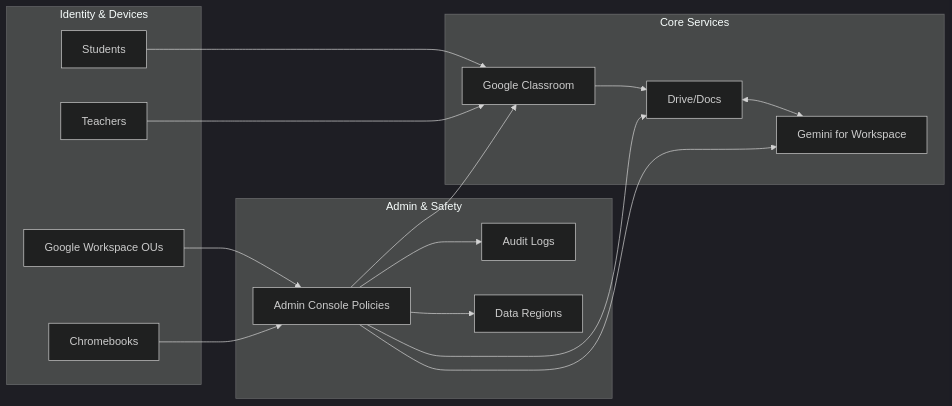
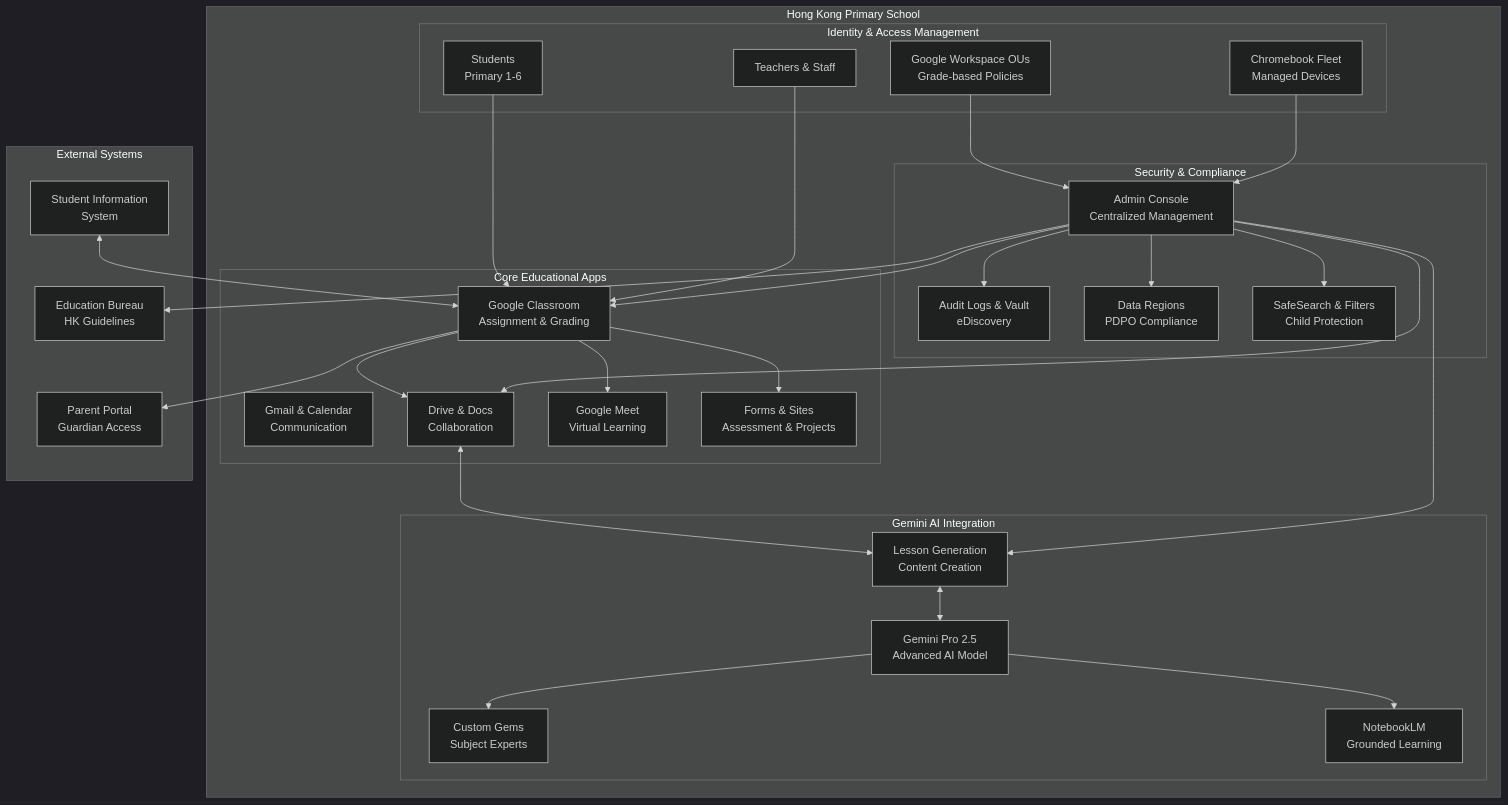
Before and after one commit to zzGHzz/primary-ai-edu: the first of 3 diagrams in docs/tools/google-workspace-gemini.md, drawn with Mermaid (dark theme). The commit also changed other lines of this file and 14 other files, not shown here.

````diff
--- a/docs/tools/google-workspace-gemini.md
+++ b/docs/tools/google-workspace-gemini.md
@@ -36,31 +191,60 @@
 ```mermaid
-flowchart LR
-  subgraph Identity & Devices
-    A[Students]
-    B[Teachers]
-    I[Google Workspace OUs]
-    D[Chromebooks]
+flowchart TB
+  subgraph HK_School[Hong Kong Primary School]
+    subgraph Identity[Identity & Access Management]
+      A[Students<br/>Primary 1-6]
+      B[Teachers & Staff]
+      I[Google Workspace OUs<br/>Grade-based Policies]
+      D[Chromebook Fleet<br/>Managed Devices]
+    end
+    
+    subgraph Core_Apps[Core Educational Apps]
+      C[Google Classroom<br/>Assignment & Grading]
+      GM[Gmail & Calendar<br/>Communication]
+      DR[Drive & Docs<br/>Collaboration]
+      MT[Google Meet<br/>Virtual Learning]
+      F[Forms & Sites<br/>Assessment & Projects]
+    end
+    
+    subgraph AI_Features[Gemini AI Integration]
+      GP[Gemini Pro 2.5<br/>Advanced AI Model]
+      LG[Lesson Generation<br/>Content Creation]
+      GE[Custom Gems<br/>Subject Experts]
+      NB[NotebookLM<br/>Grounded Learning]
+    end
+    
+    subgraph Security[Security & Compliance]
+      S[Admin Console<br/>Centralized Management]
+      L[Audit Logs & Vault<br/>eDiscovery]
+      R[Data Regions<br/>PDPO Compliance]
+      SF[SafeSearch & Filters<br/>Child Protection]
+    end
   end
-  subgraph Core Services
-    C[Google Classroom]
-    G[Drive/Docs]
-    M[Gemini for Workspace]
-  end
-  subgraph Admin & Safety
-    S[Admin Console Policies]
-    L[Audit Logs]
-    R[Data Regions]
+  
+  subgraph External[External Systems]
+    SIS[Student Information<br/>System]
+    PAR[Parent Portal<br/>Guardian Access]
+    EDB[Education Bureau<br/>HK Guidelines]
   end
 
   A --> C
   B --> C
-  C --> G
-  G <--> M
+  C --> DR
+  C --> F
+  C --> MT
+  DR <--> LG
+  LG <--> GP
+  GP --> GE
+  GP --> NB
   I --> S
   D --> S
   S --> C
-  S --> G
-  S --> M
+  S --> DR
+  S --> LG
   S --> R
   S --> L
+  S --> SF
+  SIS <--> C
+  C --> PAR
+  S --> EDB
 ```
````
